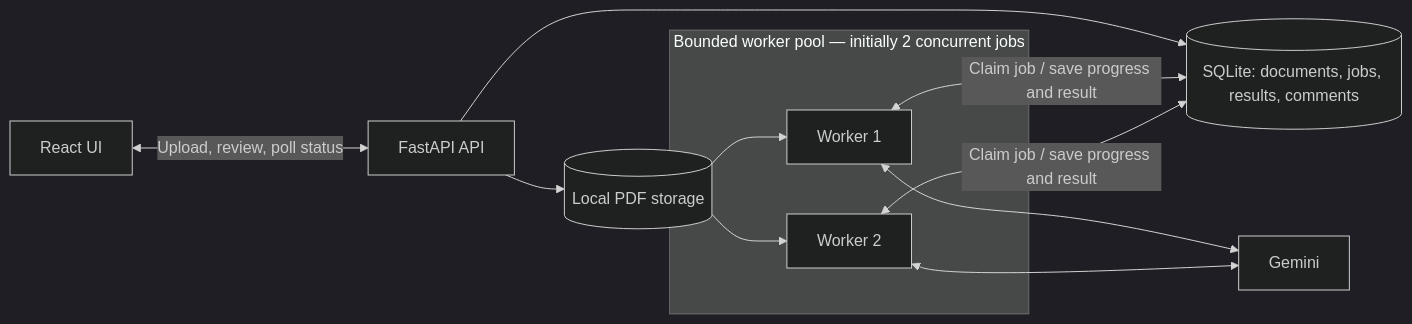
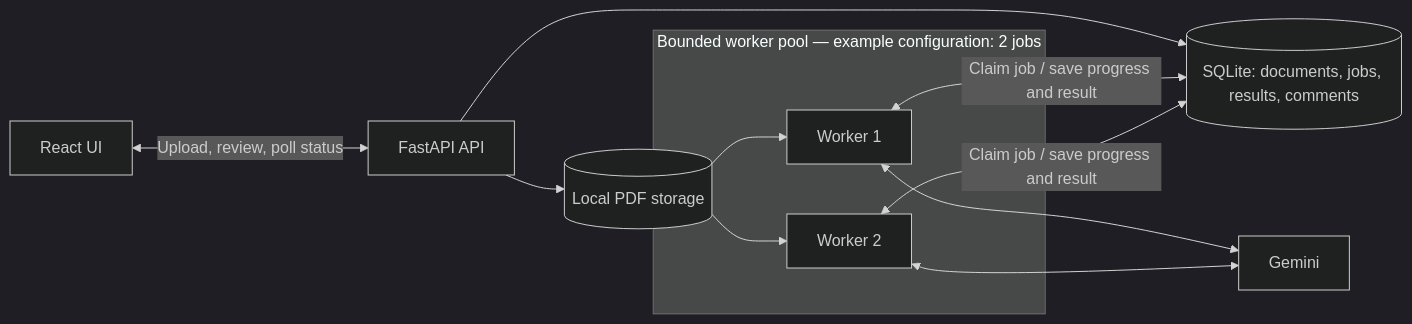
The second of 2 diagrams in docs/ARCHITECTURE.md (Alain-David-001/mercura-document-extractor), drawn with Mermaid (dark theme) before and after one commit. The commit also changed other lines of this file and 3 other files, not shown here.

````diff
--- a/docs/ARCHITECTURE.md
+++ b/docs/ARCHITECTURE.md
@@ -31,18 +29,18 @@
 ```mermaid
 flowchart LR
     UI["React UI"] <-->|"Upload, review, poll status"| API["FastAPI API"]
     API --> DB[("SQLite: documents, jobs, results, comments")]
     API --> Files[("Local PDF storage")]
 
-    subgraph Pool["Bounded worker pool — initially 2 concurrent jobs"]
+    subgraph Pool["Bounded worker pool — example configuration: 2 jobs"]
         W1["Worker 1"]
         W2["Worker 2"]
     end
 
     W1 <-->|"Claim job / save progress and result"| DB
     W2 <-->|"Claim job / save progress and result"| DB
     Files --> W1
     Files --> W2
     W1 <--> Gemini["Gemini"]
     W2 <--> Gemini
 ```
````
